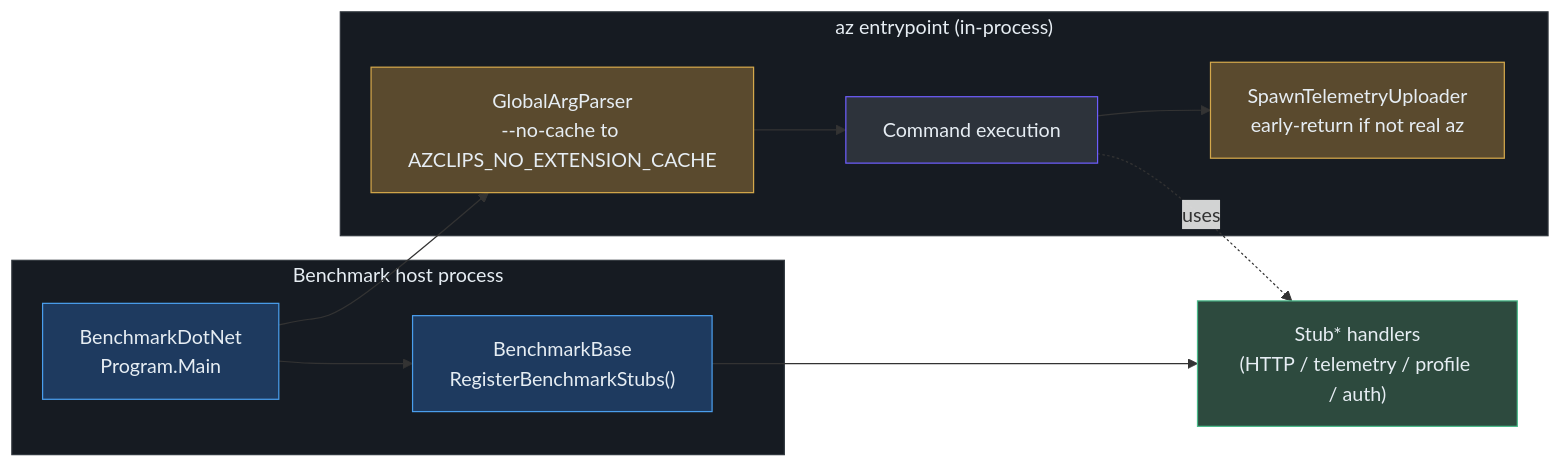
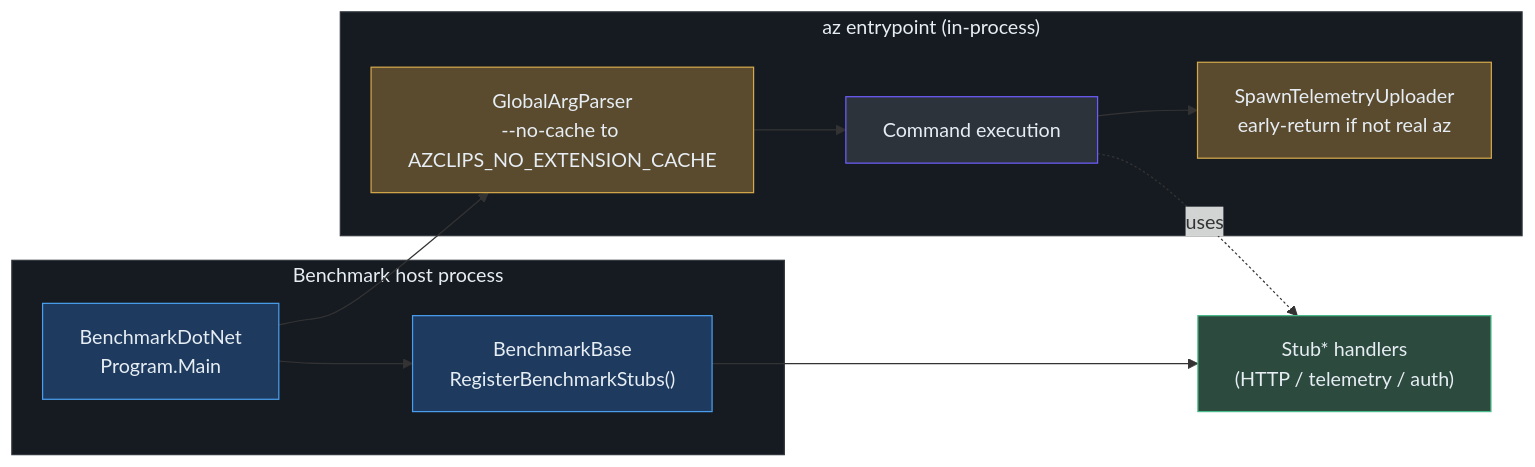
Before and after one commit to Azure/azclips: the second of 2 diagrams in wiki/02-deep-dive/testing-benchmarking.md, drawn with Mermaid. The commit also changed other lines of this file, not shown here.

Commit message:
docs: benchmarks use the real file-backed ProfileService Co-authored-by: Copilot <223556219+Copilot@users.noreply.github.com>

````diff
--- a/wiki/02-deep-dive/testing-benchmarking.md
+++ b/wiki/02-deep-dive/testing-benchmarking.md
@@ -103,24 +105,24 @@
 ```mermaid
 flowchart LR
     subgraph host["Benchmark host process"]
         BDN["BenchmarkDotNet<br>Program.Main"]
         BASE["BenchmarkBase<br>RegisterBenchmarkStubs()"]
     end
     subgraph cli["az entrypoint (in-process)"]
         NC["GlobalArgParser<br>--no-cache to AZCLIPS_NO_EXTENSION_CACHE"]
         RUN["Command execution"]
         TEL["SpawnTelemetryUploader<br>early-return if not real az"]
     end
-    STUBS["Stub* handlers<br>(HTTP / telemetry / profile / auth)"]
+    STUBS["Stub* handlers<br>(HTTP / telemetry / auth)"]
     BDN --> BASE --> STUBS
     BDN --> NC --> RUN --> TEL
     RUN -.uses.-> STUBS
     style host fill:#161b22,stroke:#30363d,color:#e6edf3
     style cli fill:#161b22,stroke:#30363d,color:#e6edf3
     style BDN fill:#1e3a5f,stroke:#4a9eed,color:#e6edf3
     style BASE fill:#1e3a5f,stroke:#4a9eed,color:#e6edf3
     style NC fill:#5a4a2e,stroke:#d4a84b,color:#e6edf3
     style TEL fill:#5a4a2e,stroke:#d4a84b,color:#e6edf3
     style RUN fill:#2d333b,stroke:#6d5dfc,color:#e6edf3
     style STUBS fill:#2d4a3e,stroke:#4aba8a,color:#e6edf3
 ```
````
